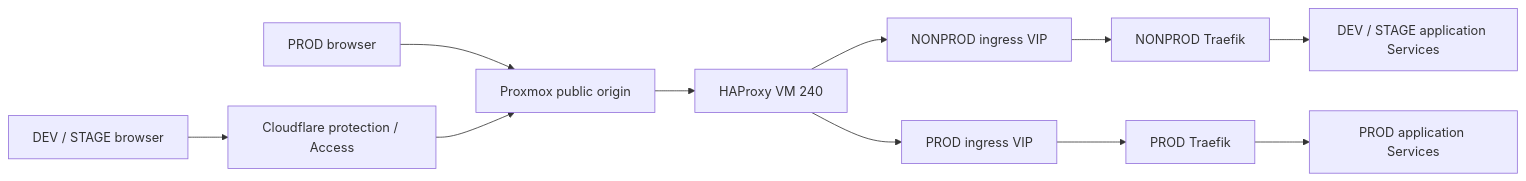
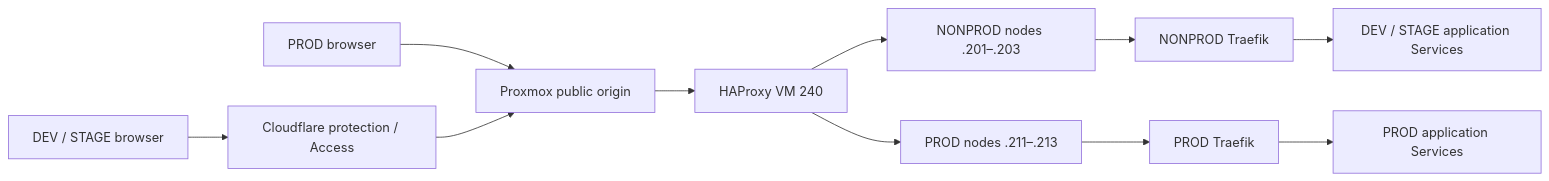
Before and after one commit to fastapi-traefik-devops/fastapi-traefik-liora-infrastructure: the first of 3 diagrams in docs/ARCHITECTURE.md, drawn with Mermaid. The commit also changed other lines of this file and 14 other files, not shown here.

First line of the commit message:
docs(architecture): align the approved operating model

````diff
--- a/docs/ARCHITECTURE.md
+++ b/docs/ARCHITECTURE.md
@@ -70,13 +71,13 @@
 ```mermaid
 flowchart LR
   NonprodBrowser[DEV / STAGE browser] --> Cloudflare[Cloudflare protection / Access]
   ProdBrowser[PROD browser] --> Origin[Proxmox public origin]
   Cloudflare --> Origin
   Origin --> Edge[HAProxy VM 240]
-  Edge --> NonprodVIP[NONPROD ingress VIP]
-  Edge --> ProdVIP[PROD ingress VIP]
-  NonprodVIP --> NonprodTraefik[NONPROD Traefik]
-  ProdVIP --> ProdTraefik[PROD Traefik]
+  Edge --> NonprodNodes[NONPROD nodes .201–.203]
+  Edge --> ProdNodes[PROD nodes .211–.213]
+  NonprodNodes --> NonprodTraefik[NONPROD Traefik]
+  ProdNodes --> ProdTraefik[PROD Traefik]
   NonprodTraefik --> NonprodApps[DEV / STAGE application Services]
   ProdTraefik --> ProdApp[PROD application Services]
 ```
````
